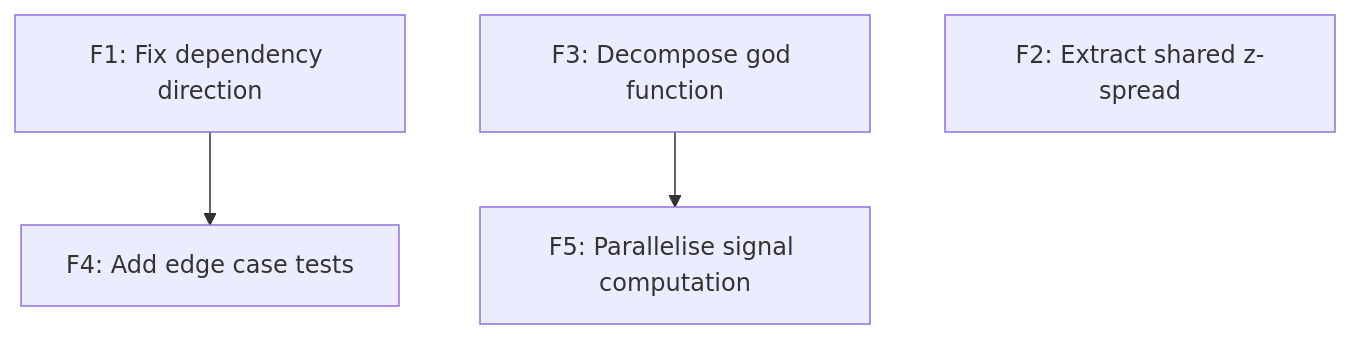
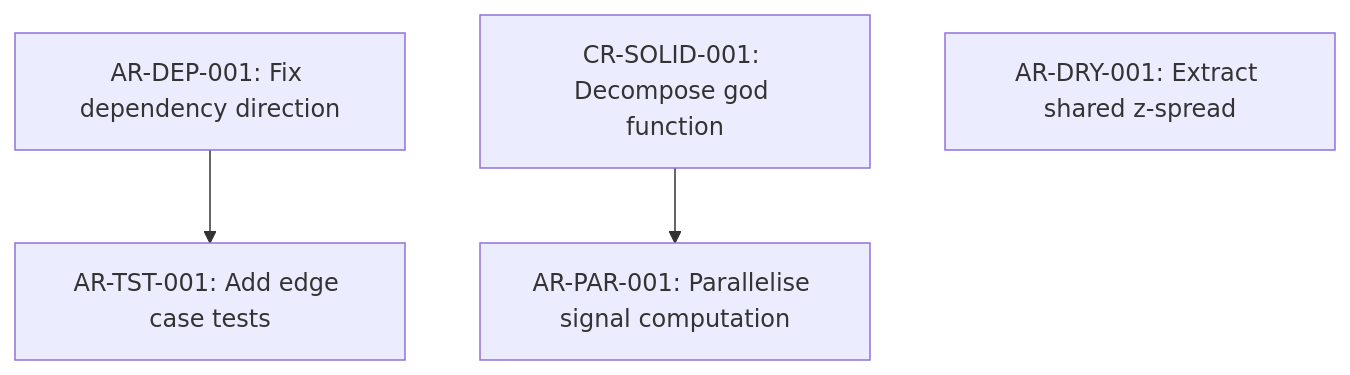
The diagram in refactoring-plan/SKILL.md (rockandrolla13/blueprint), drawn with Mermaid before and after one commit. The commit also changed other lines of this file and 10 other files, not shown here.

````diff
--- a/refactoring-plan/SKILL.md
+++ b/refactoring-plan/SKILL.md
@@ -78,6 +79,6 @@
 ```mermaid
 graph TD
-    F1[F1: Fix dependency direction] --> F4[F4: Add edge case tests]
-    F3[F3: Decompose god function] --> F5[F5: Parallelise signal computation]
-    F2[F2: Extract shared z-spread] 
+    AR_DEP_001[AR-DEP-001: Fix dependency direction] --> AR_TST_001[AR-TST-001: Add edge case tests]
+    CR_SOLID_001[CR-SOLID-001: Decompose god function] --> AR_PAR_001[AR-PAR-001: Parallelise signal computation]
+    AR_DRY_001[AR-DRY-001: Extract shared z-spread]
 ```
````
